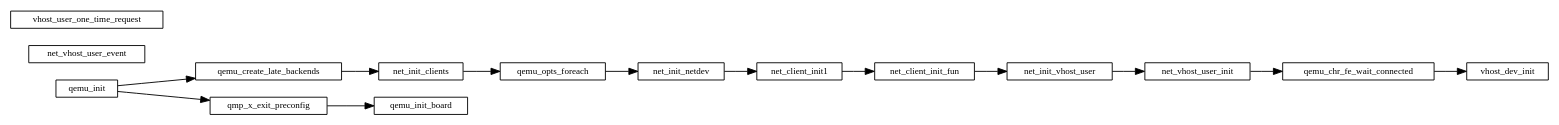
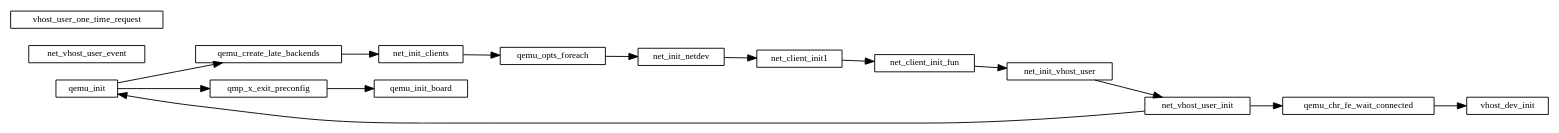
Before and after one commit to sisyphus1212/note: the diagram in qemu/qemu初始化.md, drawn with Graphviz.

Commit message:
auto_update

````diff
--- a/qemu/qemu初始化.md
+++ b/qemu/qemu初始化.md
@@ -11,31 +11,31 @@
 ```graphviz
 digraph {
     fontname="Helvetica,Arial,sans-serif"
     //node [fontname="Helvetica,Arial,sans-serif"]
     //edge [fontname="Helvetica,Arial,sans-serif"]
     rankdir="LR"
     node [fontsize=10, shape=record, height=0.25]
     edge [fontsize=10]
 
     qemu_init -> qemu_create_late_backends
               -> net_init_clients
               -> qemu_opts_foreach
               -> net_init_netdev
               -> net_client_init1
               -> net_client_init_fun
               -> net_init_vhost_user
               -> net_vhost_user_init
               -> qemu_chr_fe_wait_connected
               -> vhost_dev_init
-
+    net_vhost_user_init ->
 
 
     qemu_init -> qmp_x_exit_preconfig -> qemu_init_board // 初始化cpu 内存
 
     vhost_dev_init
 
     net_vhost_user_event
 
     vhost_user_one_time_request
 }
 ```
````
